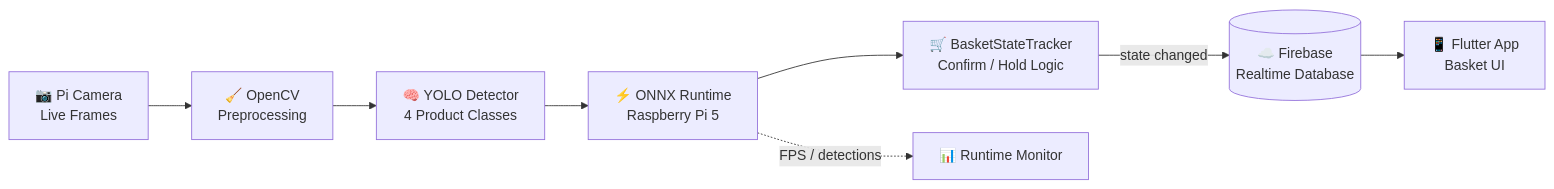
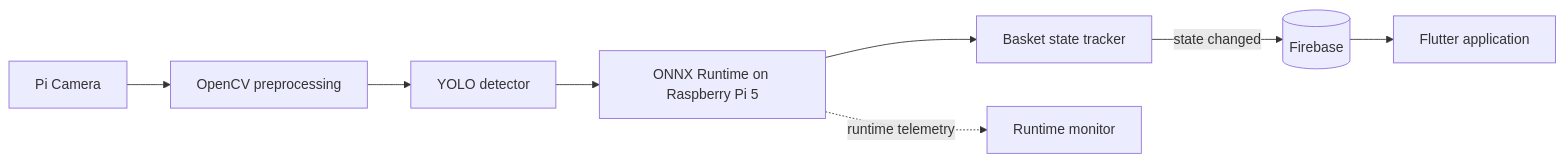
The first of 7 diagrams in README.md (AdhamElsayedAI/AdhamElsayedAI), drawn with Mermaid before and after one commit. The commit also changed other lines of this file, not shown here.

````diff
--- a/README.md
+++ b/README.md
@@ -103,10 +69,10 @@
 ```mermaid
 flowchart LR
-    CAM["📷 Pi Camera\nLive Frames"] --> PRE["🧹 OpenCV\nPreprocessing"]
-    PRE --> YOLO["🧠 YOLO Detector\n4 Product Classes"]
-    YOLO --> EDGE["⚡ ONNX Runtime\nRaspberry Pi 5"]
-    EDGE --> STATE["🛒 BasketStateTracker\nConfirm / Hold Logic"]
-    STATE -->|"state changed"| FB[("☁️ Firebase\nRealtime Database")]
-    FB --> APP["📱 Flutter App\nBasket UI"]
-    EDGE -.->|"FPS / detections"| MON["📊 Runtime Monitor"]
+    CAM[Pi Camera] --> PRE[OpenCV preprocessing]
+    PRE --> YOLO[YOLO detector]
+    YOLO --> EDGE[ONNX Runtime on Raspberry Pi 5]
+    EDGE --> STATE[Basket state tracker]
+    STATE -->|state changed| FB[(Firebase)]
+    FB --> APP[Flutter application]
+    EDGE -. runtime telemetry .-> MON[Runtime monitor]
 ```
````
